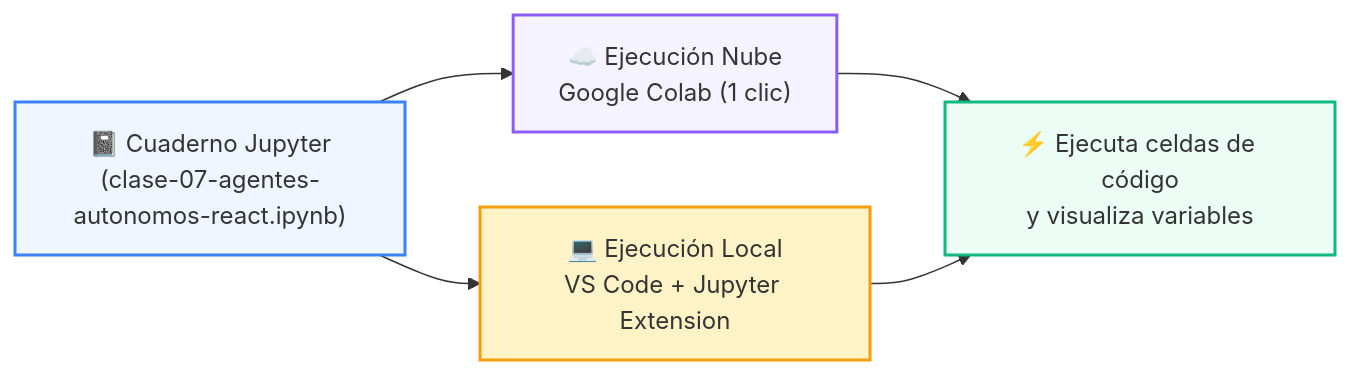
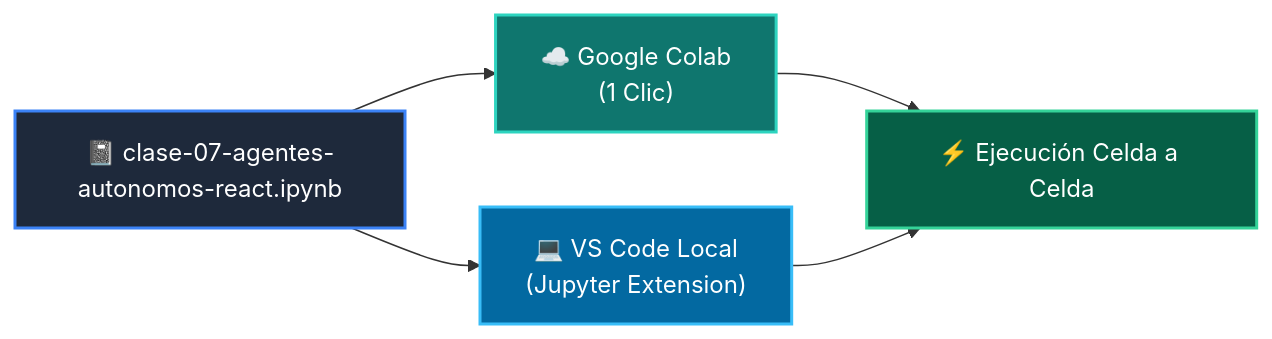
Before and after one commit to wisrovi/wisrovi-python: the diagram in 03-agentes-ia/clase-07-agentes-autonomos-react/notebook/README.md, drawn with Mermaid. The commit also changed other lines of this file and 271 other files, not shown here.

Commit message:
docs: rewrite all README.md files with bespoke topic-specific Mermaid diagrams and remove repetitive boilerplate

````diff
--- a/03-agentes-ia/clase-07-agentes-autonomos-react/notebook/README.md
+++ b/03-agentes-ia/clase-07-agentes-autonomos-react/notebook/README.md
@@ -14,12 +12,12 @@
 ```mermaid
 flowchart LR
-    NB["📓 Cuaderno Jupyter<br/>(clase-07-agentes-autonomos-react.ipynb)"] --> COLAB["☁️ Ejecución Nube<br/>Google Colab (1 clic)"]
-    NB --> LOCAL["💻 Ejecución Local<br/>VS Code + Jupyter Extension"]
-    COLAB --> RUN["⚡ Ejecuta celdas de código<br/>y visualiza variables"]
+    NB["📓 clase-07-agentes-autonomos-react.ipynb"] --> COLAB["☁️ Google Colab<br/>(1 Clic)"]
+    NB --> LOCAL["💻 VS Code Local<br/>(Jupyter Extension)"]
+    COLAB --> RUN["⚡ Ejecución Celda a Celda"]
     LOCAL --> RUN
 
-    style NB fill:#eff6ff,stroke:#3b82f6,stroke-width:2px
-    style COLAB fill:#f5f3ff,stroke:#8b5cf6,stroke-width:2px
-    style LOCAL fill:#fef3c7,stroke:#f59e0b,stroke-width:2px
-    style RUN fill:#ecfdf5,stroke:#10b981,stroke-width:2px
+    style NB fill:#1e293b,color:#fff,stroke:#3b82f6,stroke-width:2px
+    style COLAB fill:#0f766e,color:#fff,stroke:#2dd4bf,stroke-width:2px
+    style LOCAL fill:#0369a1,color:#fff,stroke:#38bdf8,stroke-width:2px
+    style RUN fill:#065f46,color:#fff,stroke:#34d399,stroke-width:2px
 ```
````
